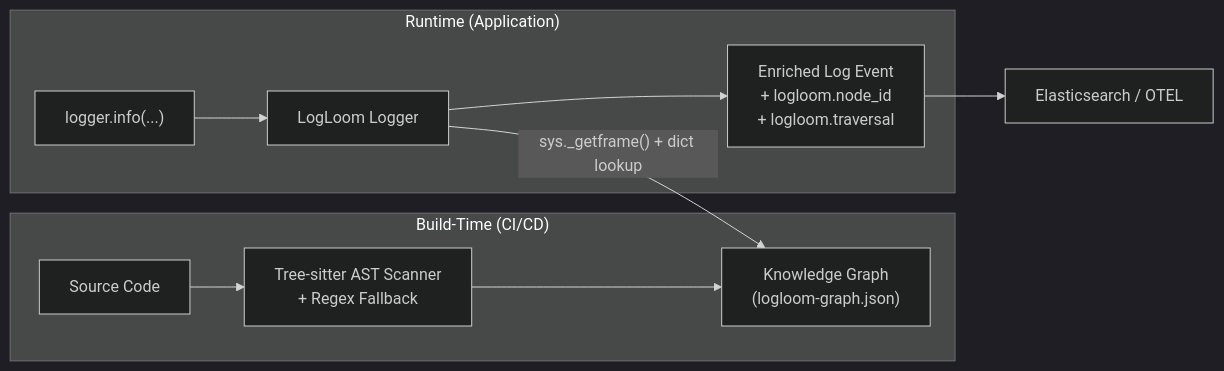
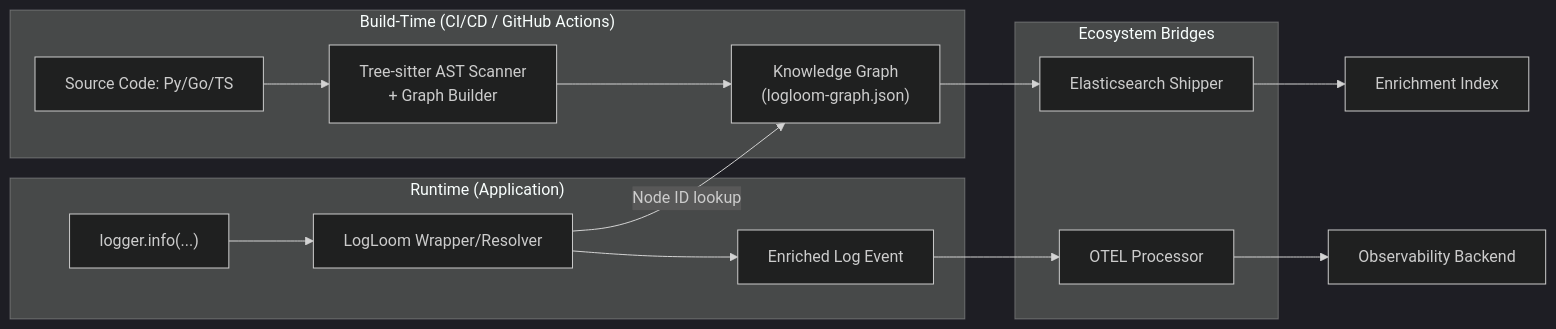
One commit to Fremen-Labs/logloom changed the diagram in docs/architecture.md. Above: the diagram before and after it, drawn with Mermaid (dark theme). The commit also changed other lines of this file and 1 other file, not shown here.

Commit message:
docs: update README and architecture docs to detail Milestone 3 features including multi-language scanners, OTEL integration, and Elasticsearch support.

````diff
--- a/docs/architecture.md
+++ b/docs/architecture.md
@@ -10,13 +10,18 @@
 ```mermaid
 graph LR
-    subgraph "Build-Time (CI/CD)"
-        A[Source Code] --> B["Tree-sitter AST Scanner<br/>+ Regex Fallback"]
+    subgraph "Build-Time (CI/CD / GitHub Actions)"
+        A[Source Code: Py/Go/TS] --> B["Tree-sitter AST Scanner<br/>+ Graph Builder"]
         B --> C["Knowledge Graph<br/>(logloom-graph.json)"]
     end
     subgraph "Runtime (Application)"
-        D["logger.info(...)"] --> E["LogLoom Logger"]
-        E -->|"sys._getframe() + dict lookup"| C
-        E --> F["Enriched Log Event<br/>+ logloom.node_id<br/>+ logloom.traversal"]
+        D["logger.info(...)"] --> E["LogLoom Wrapper/Resolver"]
+        E -->|"Node ID lookup"| C
+        E --> F["Enriched Log Event"]
     end
-    F --> G["Elasticsearch / OTEL"]
+    subgraph "Ecosystem Bridges"
+        F --> G["OTEL Processor"]
+        C --> H["Elasticsearch Shipper"]
+    end
+    G --> I["Observability Backend"]
+    H --> J["Enrichment Index"]
 ```
````
